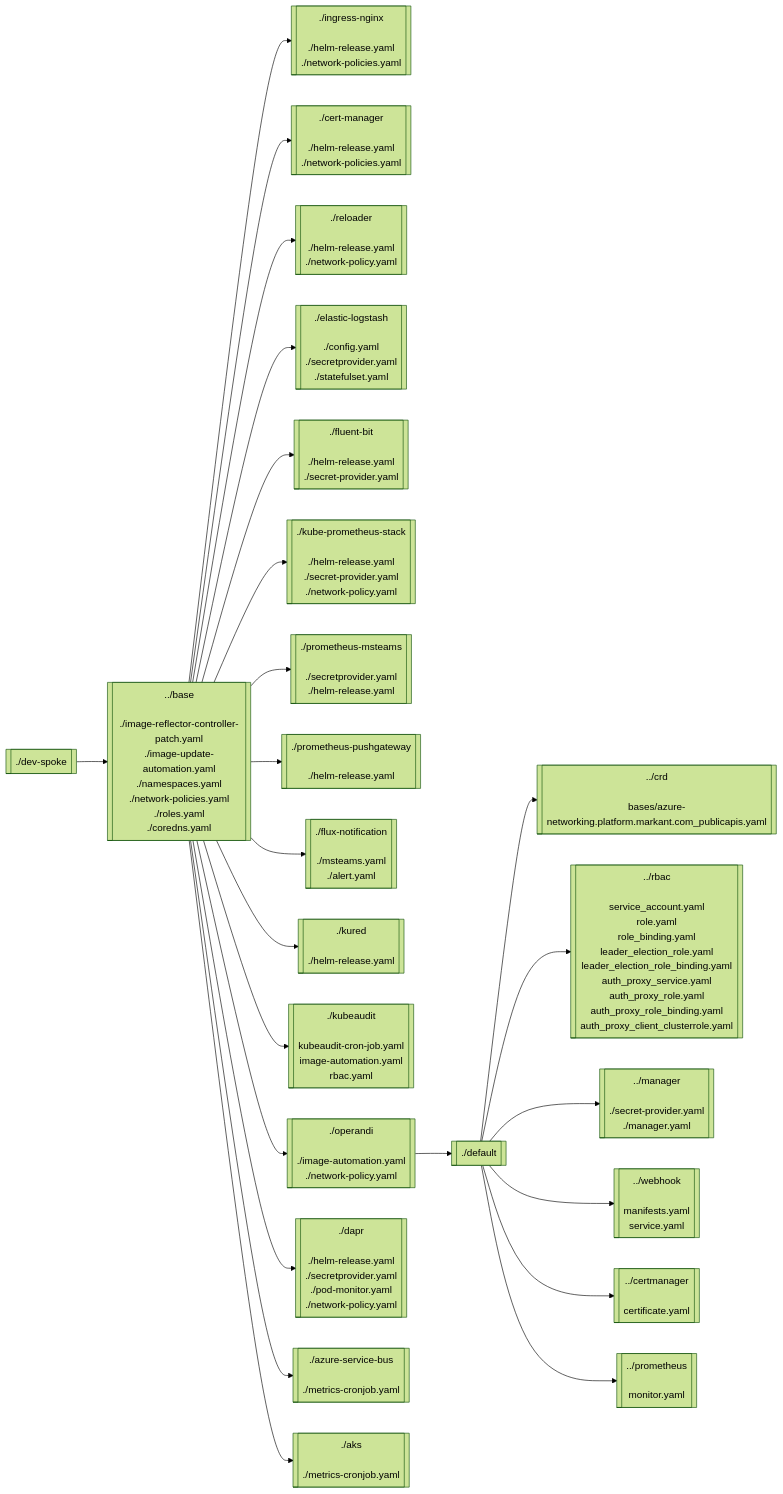
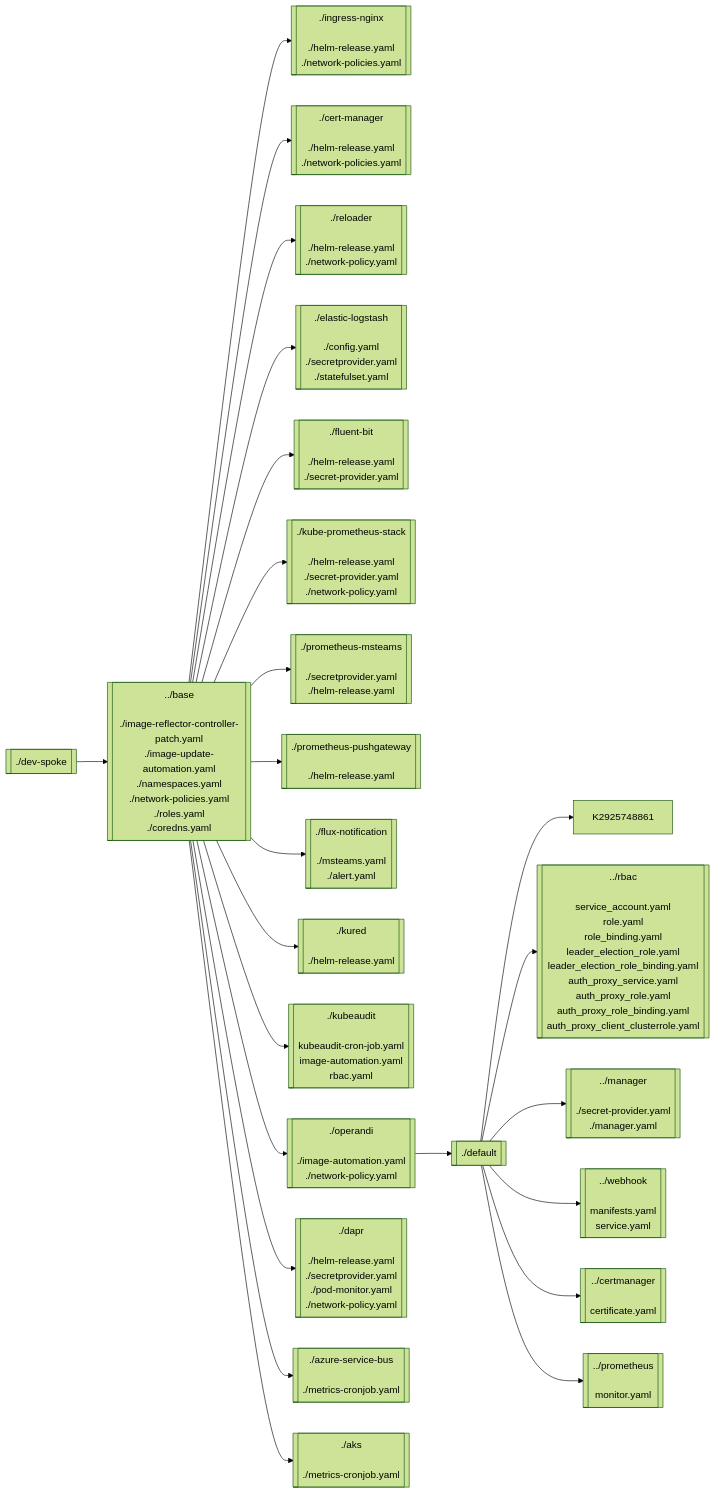
Before and after one commit to dv0gt/kustomize-graph-md: the fifth of 5 diagrams in README.md, drawn with Mermaid (forest theme). The commit also changed other lines of this file, not shown here.

````diff
--- a/README.md
+++ b/README.md
@@ -115,50 +115,49 @@
 ```mermaid
 flowchart LR
 K3692039636 --> K4134617231
 K4134617231 --> K1073288559
 K1073288559[[./ingress-nginx<br/><br/>./helm-release.yaml<br/>./network-policies.yaml]]
 K4134617231 --> K253602071
 K253602071[[./cert-manager<br/><br/>./helm-release.yaml<br/>./network-policies.yaml]]
 K4134617231 --> K3117942593
 K3117942593[[./reloader<br/><br/>./helm-release.yaml<br/>./network-policy.yaml]]
 K4134617231 --> K1199196442
 K1199196442[[./elastic-logstash<br/><br/>./config.yaml<br/>./secretprovider.yaml<br/>./statefulset.yaml]]
 K4134617231 --> K1738802803
 K1738802803[[./fluent-bit<br/><br/>./helm-release.yaml<br/>./secret-provider.yaml]]
 K4134617231 --> K3105005572
 K3105005572[[./kube-prometheus-stack<br/><br/>./helm-release.yaml<br/>./secret-provider.yaml<br/>./network-policy.yaml]]
 K4134617231 --> K888054092
 K888054092[[./prometheus-msteams<br/><br/>./secretprovider.yaml<br/>./helm-release.yaml]]
 K4134617231 --> K548728024
 K548728024[[./prometheus-pushgateway<br/><br/>./helm-release.yaml]]
 K4134617231 --> K2407379872
 K2407379872[[./flux-notification<br/><br/>./msteams.yaml<br/>./alert.yaml]]
 K4134617231 --> K2950914330
 K2950914330[[./kured<br/><br/>./helm-release.yaml]]
 K4134617231 --> K453883029
 K453883029[[./kubeaudit<br/><br/>kubeaudit-cron-job.yaml<br/>image-automation.yaml<br/>rbac.yaml]]
 K4134617231 --> K3736359115
 K3736359115 --> K3522928892
 K3522928892 --> K2925748861
-K2925748861[[../crd<br/><br/>bases/azure-networking.platform.markant.com_publicapis.yaml]]
 K3522928892 --> K1445474874
 K1445474874[[../rbac<br/><br/>service_account.yaml<br/>role.yaml<br/>role_binding.yaml<br/>leader_election_role.yaml<br/>leader_election_role_binding.yaml<br/>auth_proxy_service.yaml<br/>auth_proxy_role.yaml<br/>auth_proxy_role_binding.yaml<br/>auth_proxy_client_clusterrole.yaml]]
 K3522928892 --> K3160989825
 K3160989825[[../manager<br/><br/>./secret-provider.yaml<br/>./manager.yaml]]
 K3522928892 --> K527266939
 K527266939[[../webhook<br/><br/>manifests.yaml<br/>service.yaml]]
 K3522928892 --> K1457530395
 K1457530395[[../certmanager<br/><br/>certificate.yaml]]
 K3522928892 --> K1312330766
 K1312330766[[../prometheus<br/><br/>monitor.yaml]]
 K3522928892[[./default]]
 K3736359115[[./operandi<br/><br/>./image-automation.yaml<br/>./network-policy.yaml]]
 K4134617231 --> K3083283366
 K3083283366[[./dapr<br/><br/>./helm-release.yaml<br/>./secretprovider.yaml<br/>./pod-monitor.yaml<br/>./network-policy.yaml]]
 K4134617231 --> K2644734951
 K2644734951[[./azure-service-bus<br/><br/>./metrics-cronjob.yaml]]
 K4134617231 --> K1834586704
 K1834586704[[./aks<br/><br/>./metrics-cronjob.yaml]]
 K4134617231[[../base<br/><br/>./image-reflector-controller-patch.yaml<br/>./image-update-automation.yaml<br/>./namespaces.yaml<br/>./network-policies.yaml<br/>./roles.yaml<br/>./coredns.yaml]]
 K3692039636[[./dev-spoke]]
 ```
````
